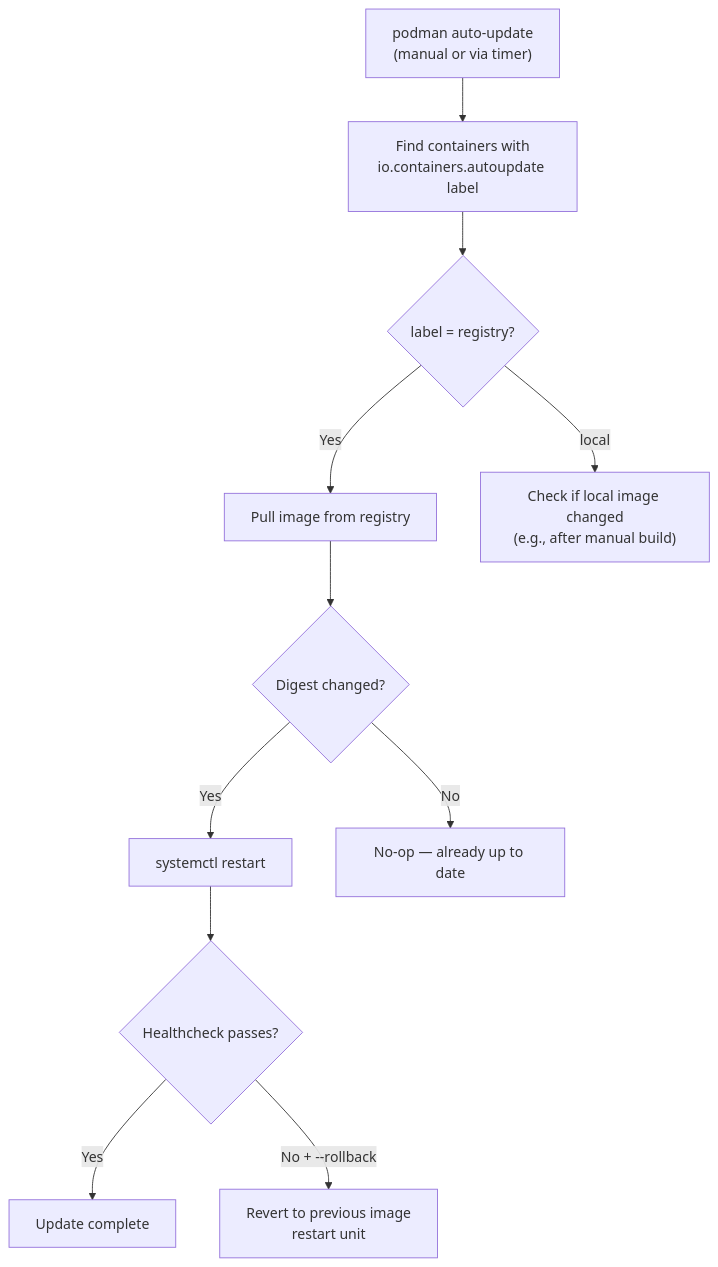
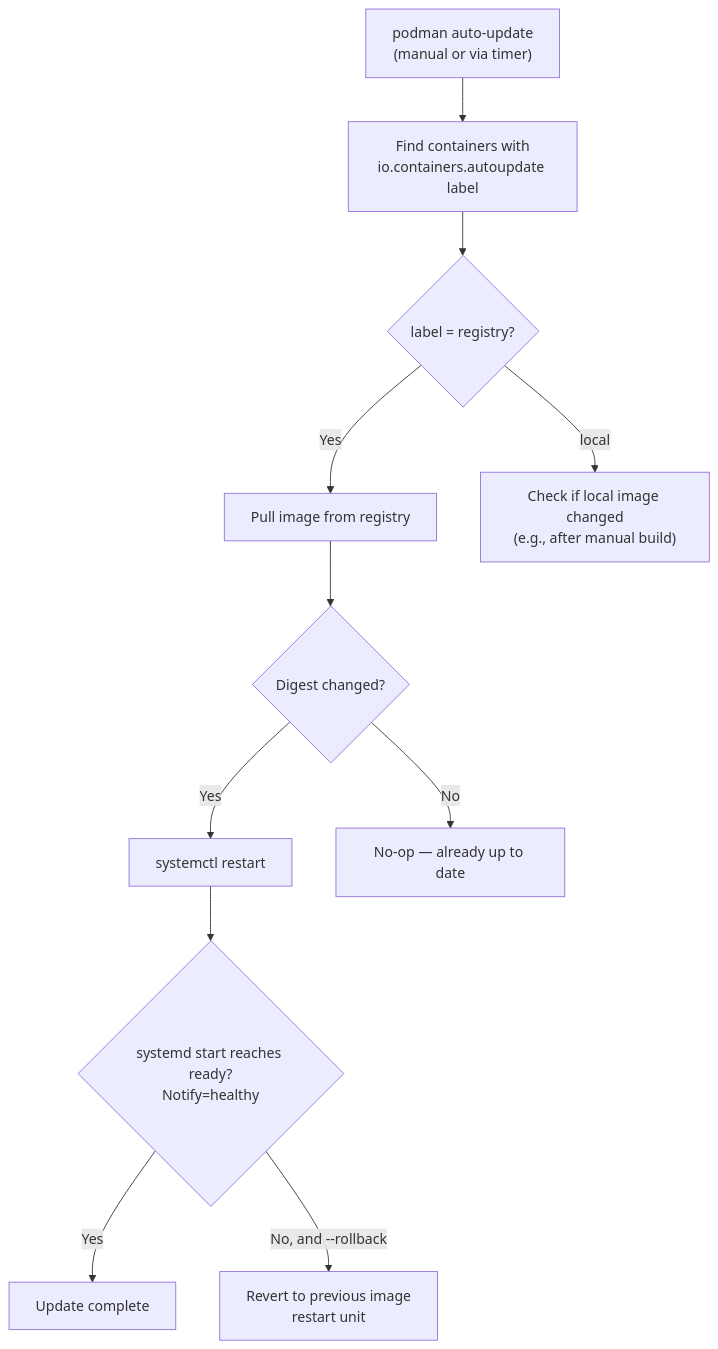
The first of 4 diagrams in modules/14-autoupdate.md (UncleJS/course_podman), drawn with Mermaid before and after one commit. The commit also changed other lines of this file and 37 other files, not shown here.

````diff
--- a/modules/14-autoupdate.md
+++ b/modules/14-autoupdate.md
@@ -50,13 +50,13 @@
 ```mermaid
 flowchart TD
     A["podman auto-update<br/>(manual or via timer)"] --> B["Find containers with<br/>io.containers.autoupdate label"]
     B --> C{"label = registry?"}
     C -->|"Yes"| D["Pull image from registry"]
     D --> E{"Digest changed?"}
     E -->|"Yes"| F["systemctl restart <unit>"]
     E -->|"No"| G["No-op — already up to date"]
     C -->|"local"| H["Check if local image changed<br/>(e.g., after manual build)"]
-    F --> I{"Healthcheck passes?"}
+    F --> I{"systemd start reaches ready?<br/>Notify=healthy"}
     I -->|"Yes"| J["Update complete"]
-    I -->|"No + --rollback"| K["Revert to previous image<br/>restart unit"]
+    I -->|"No, and --rollback"| K["Revert to previous image<br/>restart unit"]
 ```
````
